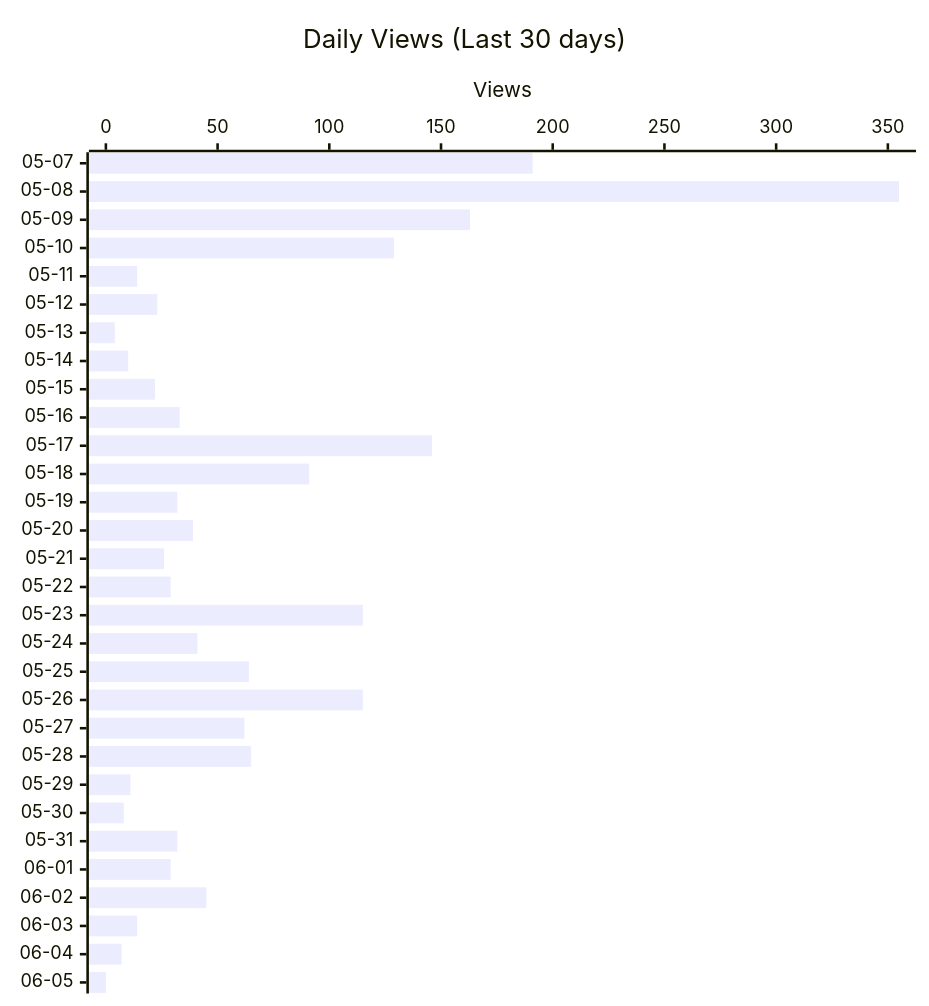
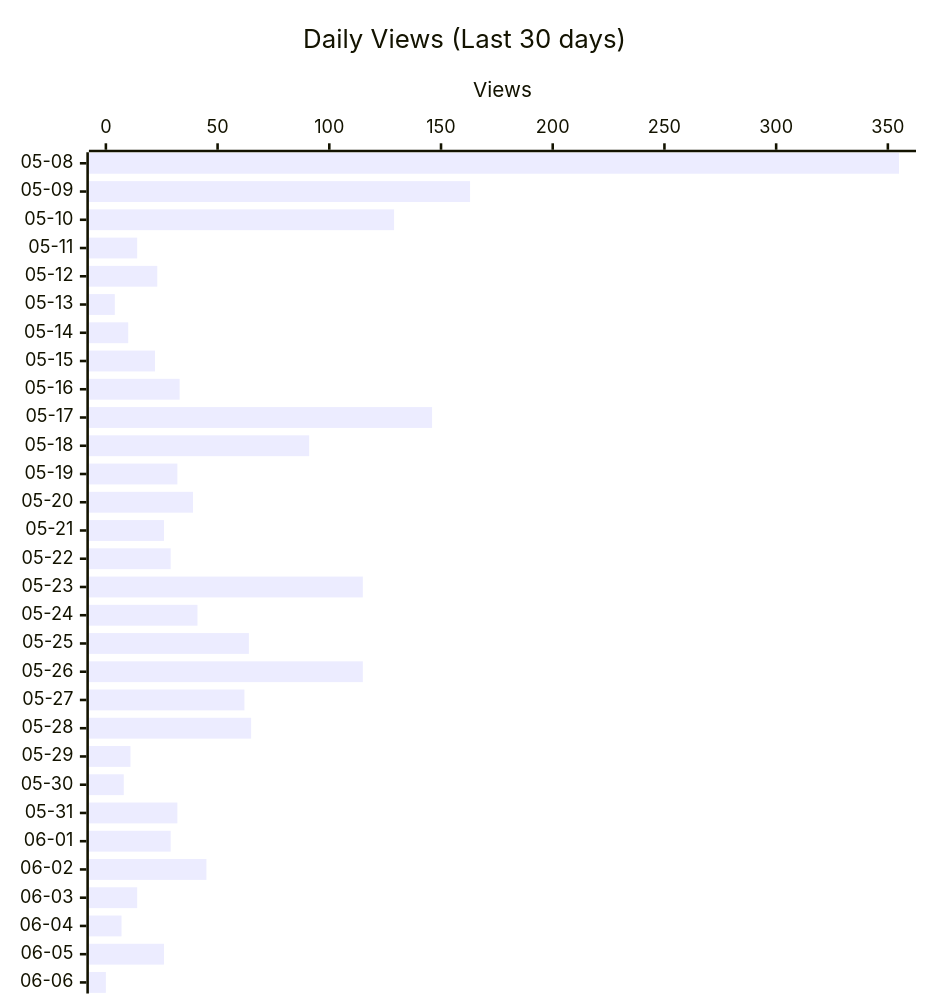
One commit to shigechika/github-insights changed the second of 3 diagrams in README.md. Above: the diagram before and after it, drawn with Mermaid. The commit also changed other lines of this file and 2 other files, not shown here.

````diff
--- a/README.md
+++ b/README.md
@@ -28,12 +28,12 @@
 ```mermaid
 ---
 config:
   xyChart:
     height: 760
 ---
 xychart-beta horizontal
     title "Daily Views (Last 30 days)"
-    x-axis ["05-07", "05-08", "05-09", "05-10", "05-11", "05-12", "05-13", "05-14", "05-15", "05-16", "05-17", "05-18", "05-19", "05-20", "05-21", "05-22", "05-23", "05-24", "05-25", "05-26", "05-27", "05-28", "05-29", "05-30", "05-31", "06-01", "06-02", "06-03", "06-04", "06-05"]
+    x-axis ["05-08", "05-09", "05-10", "05-11", "05-12", "05-13", "05-14", "05-15", "05-16", "05-17", "05-18", "05-19", "05-20", "05-21", "05-22", "05-23", "05-24", "05-25", "05-26", "05-27", "05-28", "05-29", "05-30", "05-31", "06-01", "06-02", "06-03", "06-04", "06-05", "06-06"]
     y-axis "Views"
-    bar [191, 355, 163, 129, 14, 23, 4, 10, 22, 33, 146, 91, 32, 39, 26, 29, 115, 41, 64, 115, 62, 65, 11, 8, 32, 29, 45, 14, 7, 0]
+    bar [355, 163, 129, 14, 23, 4, 10, 22, 33, 146, 91, 32, 39, 26, 29, 115, 41, 64, 115, 62, 65, 11, 8, 32, 29, 45, 14, 7, 26, 0]
 ```
````
